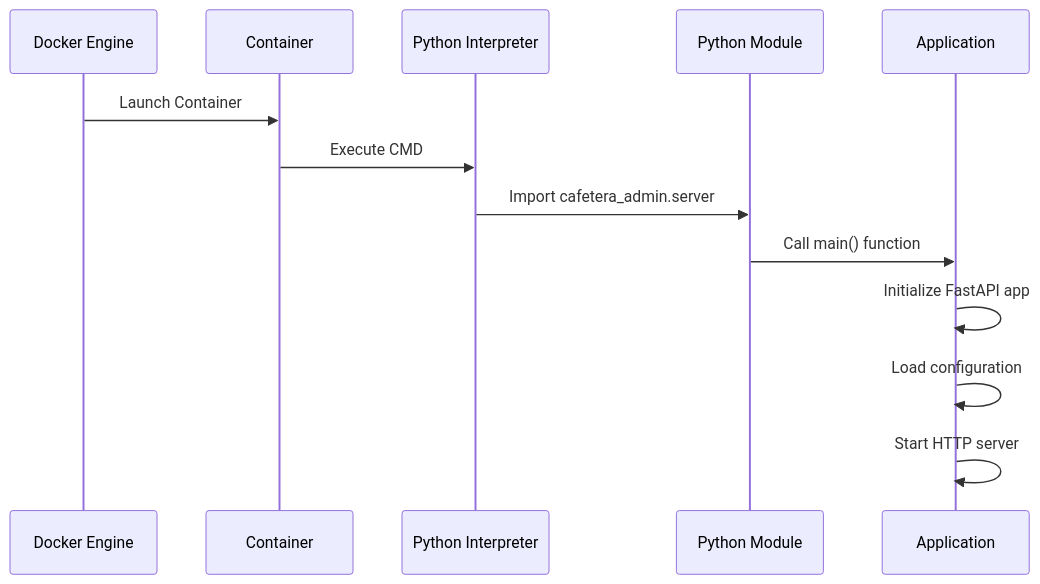
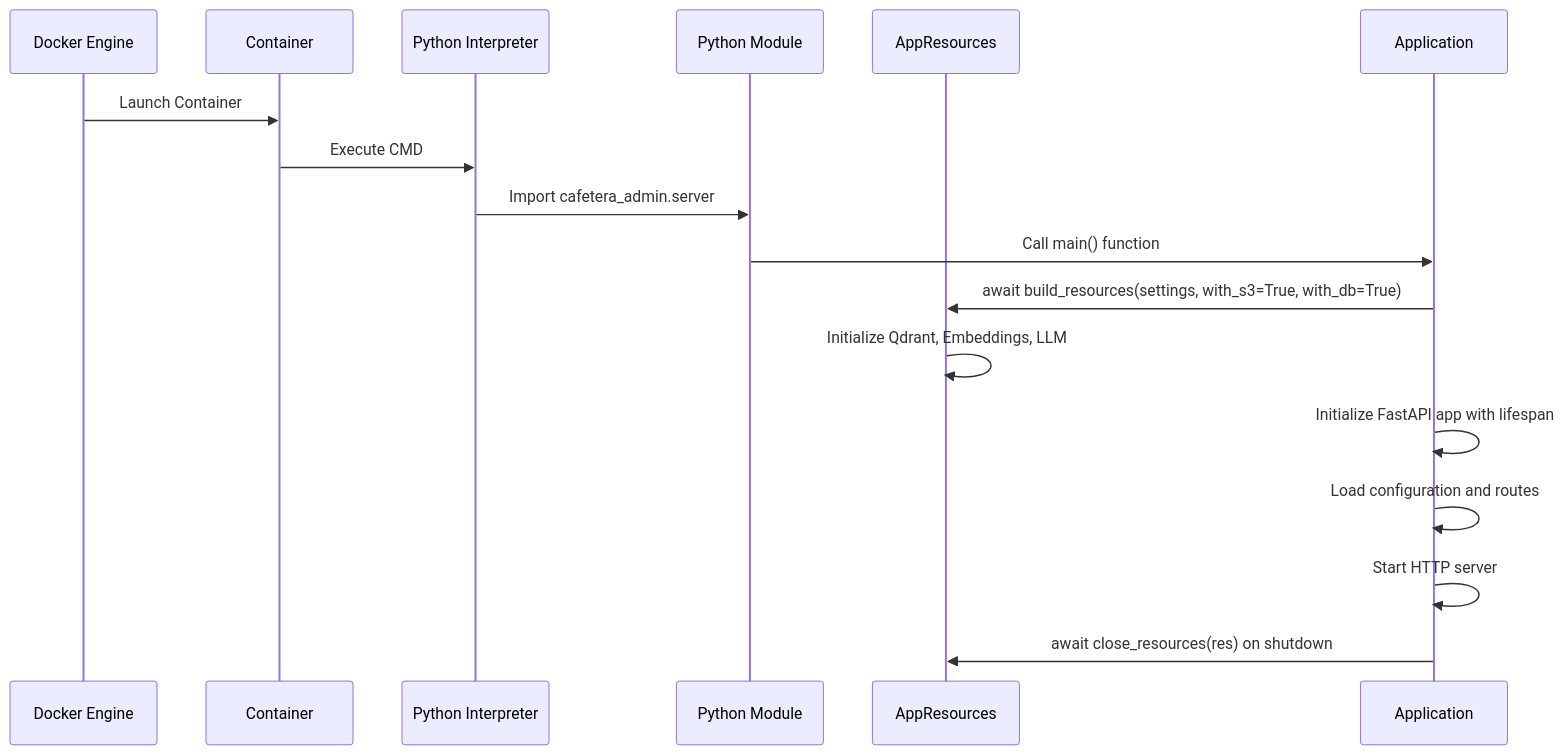
Before and after one commit to ognelis/cafetera_hr_bot: the second of 2 diagrams in .qoder/repowiki/en/content/Development Workflow/Main Application Entry Point.md, drawn with Mermaid. The commit also changed other lines of this file and 20 other files, not shown here.

````diff
--- a/.qoder/repowiki/en/content/Development Workflow/Main Application Entry Point.md
+++ b/.qoder/repowiki/en/content/Development Workflow/Main Application Entry Point.md
@@ -250,15 +365,19 @@
 ```mermaid
 sequenceDiagram
 participant Docker as Docker Engine
 participant Container as Container
 participant Python as Python Interpreter
 participant Module as Python Module
+participant Resources as AppResources
 participant App as Application
 Docker->>Container : Launch Container
 Container->>Python : Execute CMD
 Python->>Module : Import cafetera_admin.server
 Module->>App : Call main() function
-App->>App : Initialize FastAPI app
-App->>App : Load configuration
+App->>Resources : await build_resources(settings, with_s3=True, with_db=True)
+Resources->>Resources : Initialize Qdrant, Embeddings, LLM
+App->>App : Initialize FastAPI app with lifespan
+App->>App : Load configuration and routes
 App->>App : Start HTTP server
+App->>Resources : await close_resources(res) on shutdown
 ```
````
